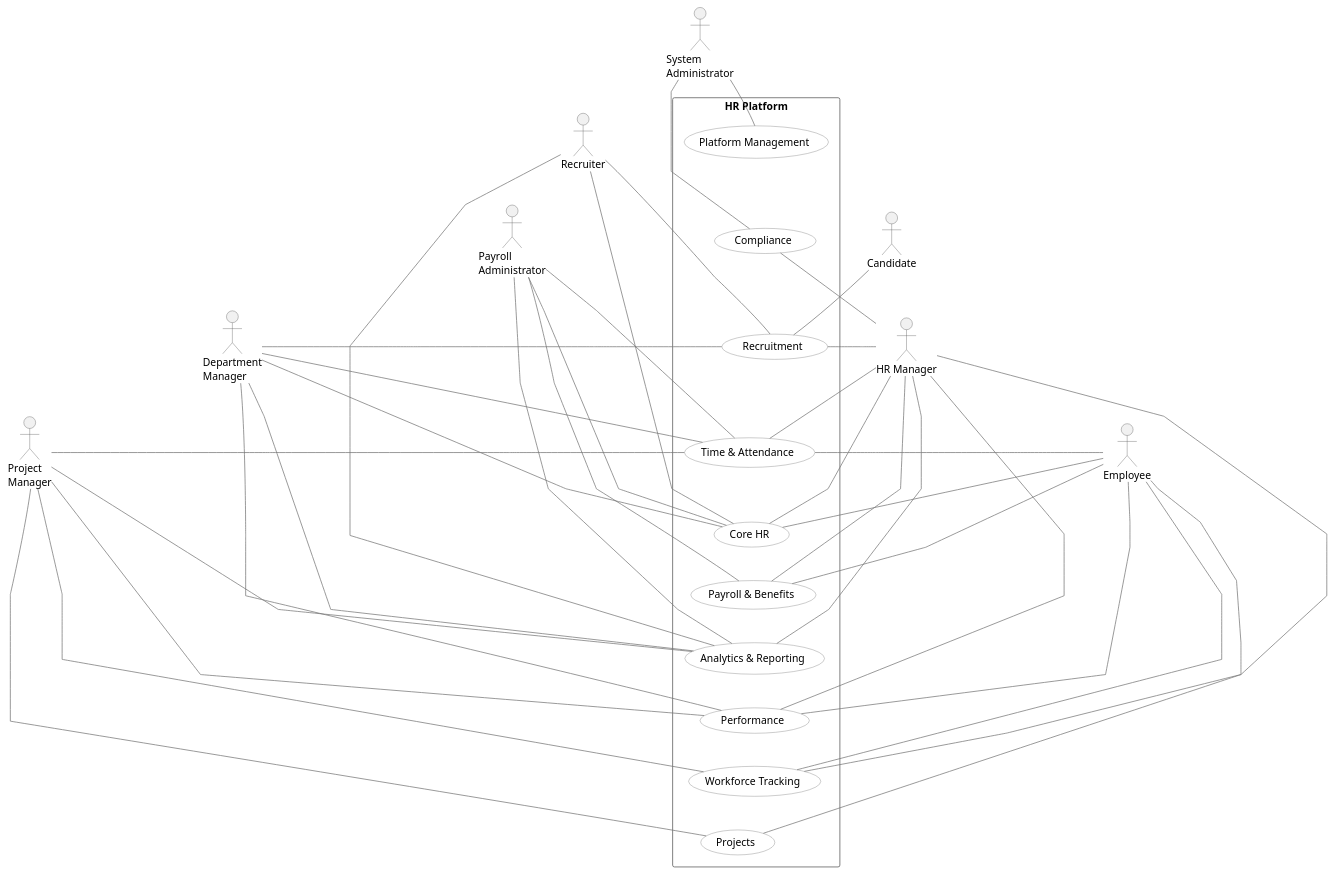
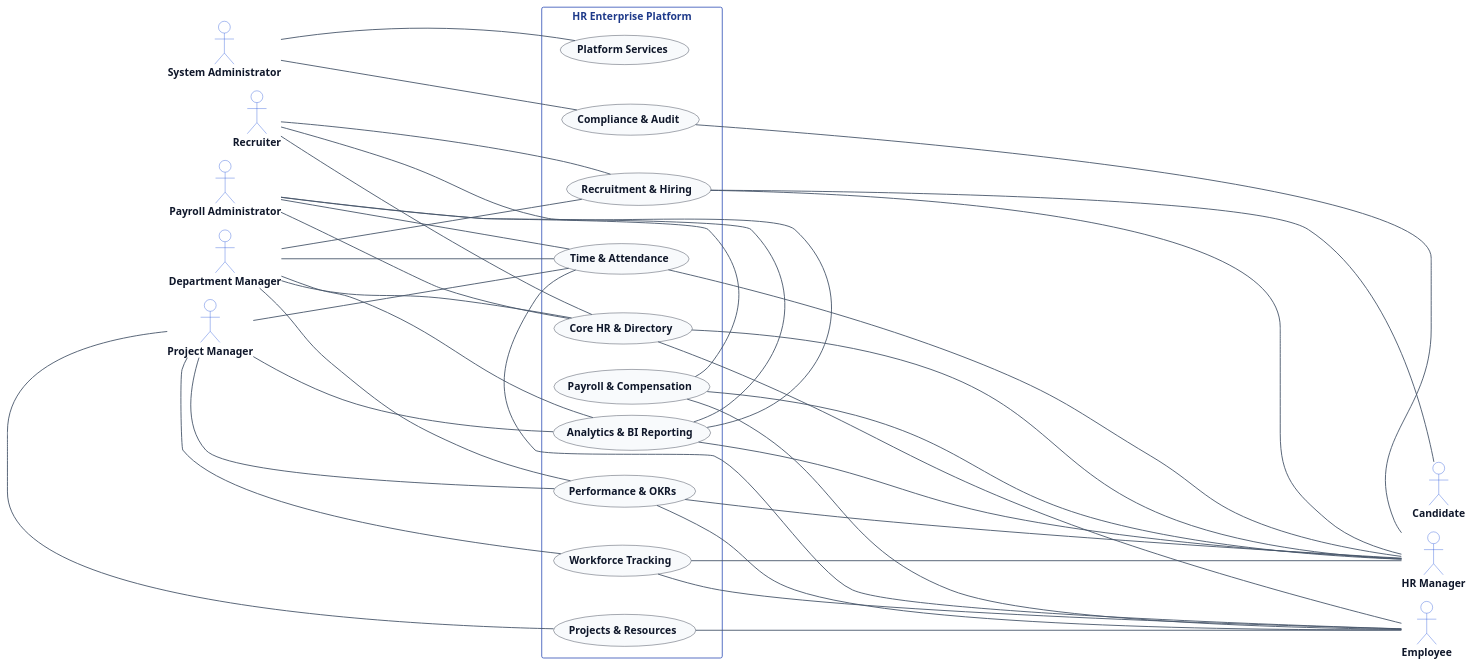
Before and after one commit to TamBui1706/HRPlatform: the diagram in ActRelation.puml, drawn with PlantUML. The commit also changed 180 other files, not shown here.

```diff
--- a/ActRelation.puml
+++ b/ActRelation.puml
@@ -1,143 +1,143 @@
 @startuml
-top to bottom direction
-
 skinparam shadowing false
 skinparam packageStyle rectangle
 skinparam actorStyle stickman
-skinparam linetype polyline
-skinparam nodesep 35
-skinparam ranksep 45
+skinparam nodesep 50
+skinparam ranksep 15
 
-skinparam ArrowColor #777777
-skinparam ActorBorderColor #555555
-skinparam UsecaseBorderColor #777777
-skinparam UsecaseBackgroundColor white
-skinparam RectangleBorderColor #555555
-skinparam RectangleBackgroundColor white
+' Modern Palette & Styling
+skinparam ArrowColor #475569
+skinparam ArrowThickness 1.2
+
+skinparam ActorBorderColor #1d4ed8
+skinparam ActorBackgroundColor #ffffff
+skinparam ActorFontColor #0f172a
+skinparam ActorFontStyle bold
+
+skinparam UsecaseBorderColor #0f172a
+skinparam UsecaseBackgroundColor #f8fafc
+skinparam UsecaseFontColor #0f172a
+skinparam UsecaseFontStyle bold
+
+skinparam RectangleBorderColor #1e40af
+skinparam RectangleBackgroundColor #ffffff
+skinparam RectangleFontColor #1e3a8a
+skinparam RectangleFontStyle bold
 
 ' =====================================================
-' ACTOR BÊN TRÁI
+' LEFT COLUMN ACTORS GROUP
 ' =====================================================
+together {
+    actor "System Administrator" as SysAdmin
+    actor "Recruiter" as Recruiter
+    actor "Payroll Administrator" as PayrollAdmin
+    actor "Department Manager" as DeptManager
+    actor "Project Manager" as ProjectManager
+}
 
-actor "System\nAdministrator" as SysAdmin
-actor Recruiter
-actor "Payroll\nAdministrator" as PayrollAdmin
-actor "Department\nManager" as DeptManager
-actor "Project\nManager" as ProjectManager
+' =====================================================
+' CENTER SYSTEM BOUNDARY
+' =====================================================
+rectangle "HR Enterprise Platform" {
+    usecase "Platform Services" as Platform
+    usecase "Compliance & Audit" as Compliance
+    usecase "Recruitment & Hiring" as Recruitment
+    usecase "Time & Attendance" as Time
+    usecase "Core HR & Directory" as CoreHR
+    usecase "Payroll & Compensation" as Payroll
+    usecase "Analytics & BI Reporting" as Analytics
+    usecase "Performance & OKRs" as Performance
+    usecase "Workforce Tracking" as Tracking
+    usecase "Projects & Resources" as Projects
+}
 
-' Ép actor bên trái thành một cột
+' =====================================================
+' RIGHT COLUMN ACTORS GROUP
+' =====================================================
+together {
+    actor "Candidate" as Candidate
+    actor "HR Manager" as HR
+    actor "Employee" as Employee
+}
+
+' =====================================================
+' VERTICAL LAYOUT ORDERING
+' =====================================================
 SysAdmin -[hidden]down- Recruiter
 Recruiter -[hidden]down- PayrollAdmin
 PayrollAdmin -[hidden]down- DeptManager
 DeptManager -[hidden]down- ProjectManager
 
+Platform -[hidden]down- Compliance
+Compliance -[hidden]down- Recruitment
+Recruitment -[hidden]down- Time
+Time -[hidden]down- CoreHR
+CoreHR -[hidden]down- Payroll
+Payroll -[hidden]down- Analytics
+Analytics -[hidden]down- Performance
+Performance -[hidden]down- Tracking
+Tracking -[hidden]down- Projects
 
-' =====================================================
-' USE CASE Ở GIỮA
-' =====================================================
-
-rectangle "HR Platform" {
-    usecase "Platform Management" as Platform
-    usecase "Compliance" as Compliance
-    usecase "Recruitment" as Recruitment
-    usecase "Time & Attendance" as Time
-    usecase "Core HR" as CoreHR
-    usecase "Payroll & Benefits" as Payroll
-    usecase "Analytics & Reporting" as Analytics
-    usecase "Performance" as Performance
-    usecase "Workforce Tracking" as Tracking
-    usecase "Projects" as Projects
-
-    ' Ép use case thành một cột dọc
-    Platform -[hidden]down- Compliance
-    Compliance -[hidden]down- Recruitment
-    Recruitment -[hidden]down- Time
-    Time -[hidden]down- CoreHR
-    CoreHR -[hidden]down- Payroll
-    Payroll -[hidden]down- Analytics
-    Analytics -[hidden]down- Performance
-    Performance -[hidden]down- Tracking
-    Tracking -[hidden]down- Projects
-}
-
-
-' =====================================================
-' ACTOR BÊN PHẢI
-' =====================================================
-
-actor Candidate
-actor "HR Manager" as HR
-actor Employee
-
-' Ép actor bên phải thành một cột
 Candidate -[hidden]down- HR
 HR -[hidden]down- Employee
 
+' =====================================================
+' HORIZONTAL COLUMN ALIGNMENT
+' =====================================================
+SysAdmin -[hidden]right- Platform
+Platform -[hidden]right- Candidate
+
+Recruiter -[hidden]right- Recruitment
+PayrollAdmin -[hidden]right- CoreHR
+DeptManager -[hidden]right- Analytics
+ProjectManager -[hidden]right- Projects
 
 ' =====================================================
-' ÉP BỐ CỤC THÀNH BA CỘT
+' CONNECTIONS FROM LEFT ACTORS (-right-)
 ' =====================================================
+SysAdmin -right- Platform
+SysAdmin -right- Compliance
 
-SysAdmin -[hidden]right- Platform
-Recruiter -[hidden]right- Recruitment
-PayrollAdmin -[hidden]right- Payroll
-DeptManager -[hidden]right- Performance
-ProjectManager -[hidden]right- Projects
+Recruiter -right- Recruitment
+Recruiter -right- CoreHR
+Recruiter -right- Analytics
 
-Recruitment -[hidden]right- Candidate
-CoreHR -[hidden]right- HR
-Performance -[hidden]right- Employee
+PayrollAdmin -right- Time
+PayrollAdmin -right- CoreHR
+PayrollAdmin -right- Payroll
+PayrollAdmin -right- Analytics
 
+DeptManager -right- Recruitment
+DeptManager -right- Time
+DeptManager -right- CoreHR
+DeptManager -right- Analytics
+DeptManager -right- Performance
+
+ProjectManager -right- Time
+ProjectManager -right- Analytics
+ProjectManager -right- Performance
+ProjectManager -right- Tracking
+ProjectManager -right- Projects
 
 ' =====================================================
-' QUAN HỆ BÊN TRÁI
+' CONNECTIONS FROM RIGHT ACTORS (-left-)
 ' =====================================================
+Candidate -left- Recruitment
 
-SysAdmin -- Platform
-SysAdmin -- Compliance
+HR -left- Compliance
+HR -left- Recruitment
+HR -left- Time
+HR -left- CoreHR
+HR -left- Payroll
+HR -left- Analytics
+HR -left- Performance
+HR -left- Tracking
 
-Recruiter -- Recruitment
-Recruiter -- CoreHR
-Recruiter -- Analytics
-
-PayrollAdmin -- Time
-PayrollAdmin -- CoreHR
-PayrollAdmin -- Payroll
-PayrollAdmin -- Analytics
-
-DeptManager -- Recruitment
-DeptManager -- Time
-DeptManager -- CoreHR
-DeptManager -- Analytics
-DeptManager -- Performance
-
-ProjectManager -- Time
-ProjectManager -- Analytics
-ProjectManager -- Performance
-ProjectManager -- Tracking
-ProjectManager -- Projects
-
-
-' =====================================================
-' QUAN HỆ BÊN PHẢI
-' =====================================================
-
-Candidate -- Recruitment
-
-HR -- Compliance
-HR -- Recruitment
-HR -- Time
-HR -- CoreHR
-HR -- Payroll
-HR -- Analytics
-HR -- Performance
-HR -- Tracking
-
-Employee -- Time
-Employee -- CoreHR
-Employee -- Payroll
-Employee -- Performance
-Employee -- Tracking
-Employee -- Projects
+Employee -left- Time
+Employee -left- CoreHR
+Employee -left- Payroll
+Employee -left- Performance
+Employee -left- Tracking
+Employee -left- Projects
 
 @enduml
```
